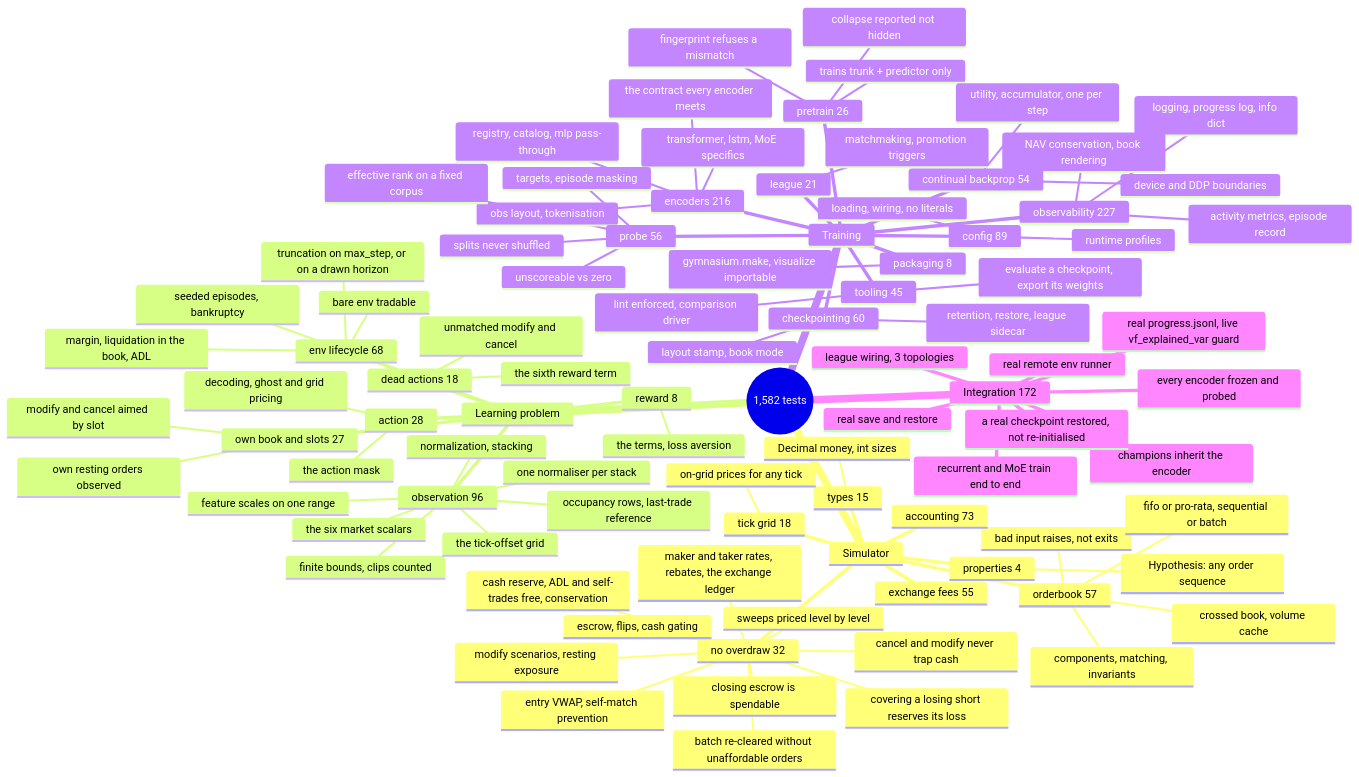
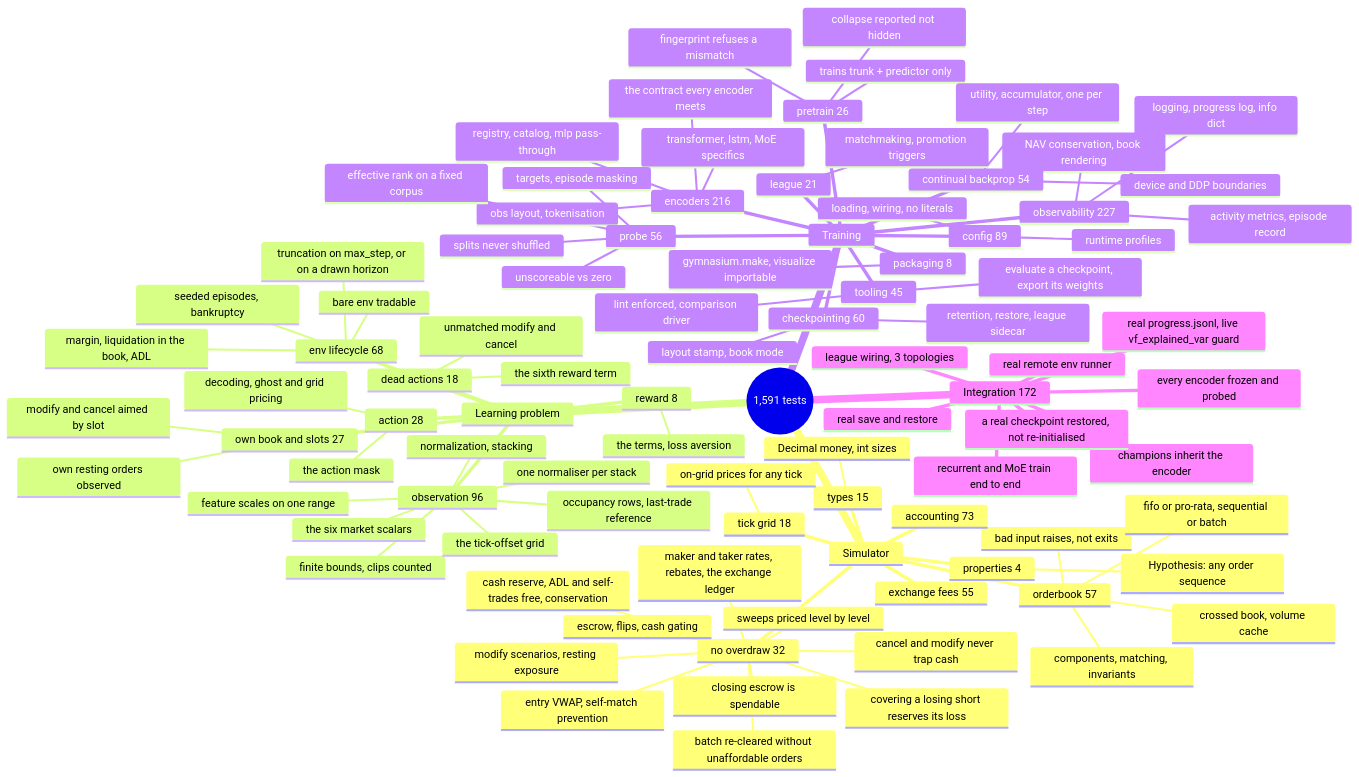
Before and after one commit to ChuaCheowHuan/gym-continuousDoubleAuction: the diagram in doc/10_testing.md, drawn with Mermaid. The commit also changed other lines of this file and 9 other files, not shown here.

````diff
--- a/doc/10_testing.md
+++ b/doc/10_testing.md
@@ -150,6 +150,6 @@
 ```mermaid
 mindmap
-  root((1,582 tests))
+  root((1,591 tests))
     Simulator
       orderbook 57
         components, matching, invariants
````
